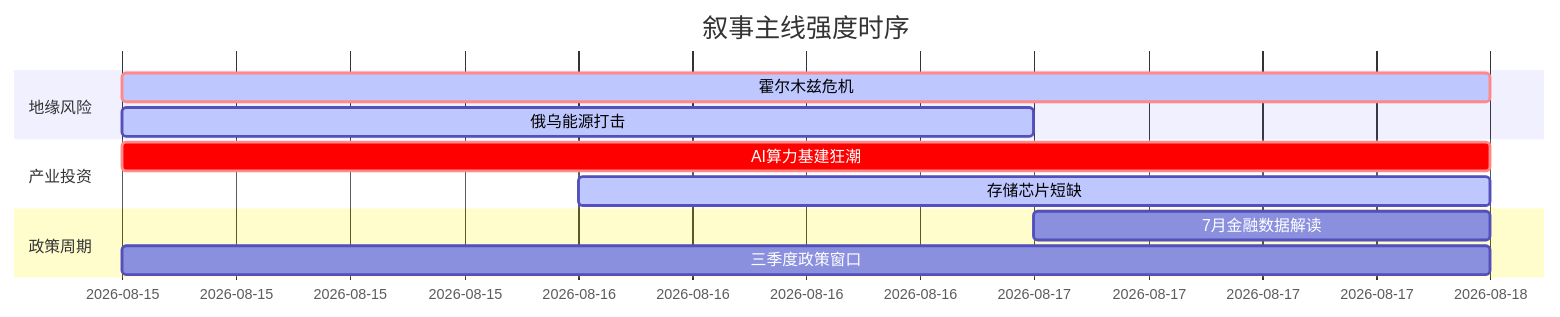
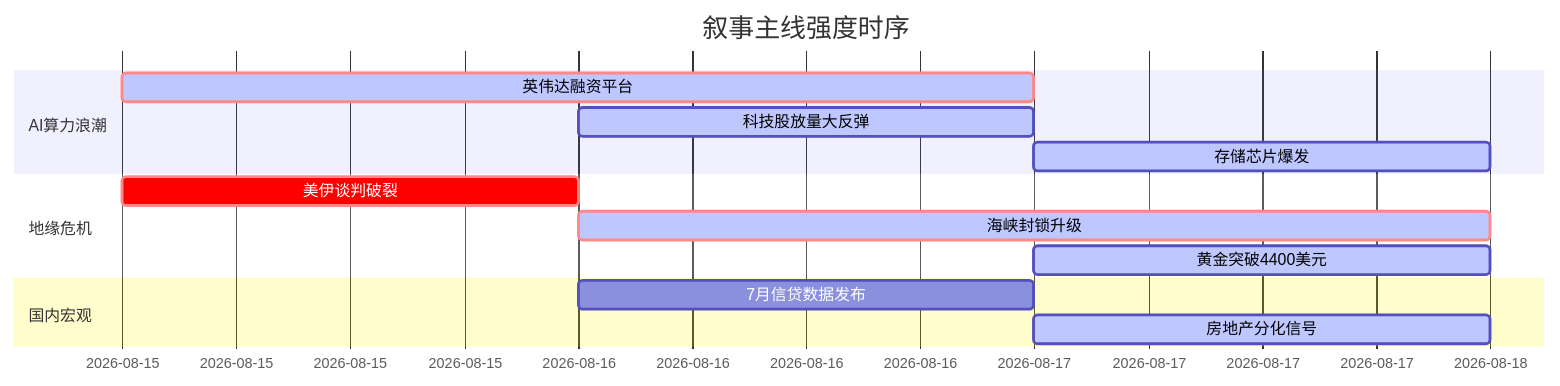
One commit to uu5zn/uu5zn.github.io changed the diagram in 5day_report.md. Above: the diagram before and after it, drawn with Mermaid. The commit also changed other lines of this file and 23 other files, not shown here.

````diff
--- a/5day_report.md
+++ b/5day_report.md
@@ -56,16 +58,18 @@
 ```mermaid
 gantt
     title 叙事主线强度时序
     dateFormat YYYY-MM-DD
-    section 地缘风险
-    霍尔木兹危机    :crit, active, 2026-08-15, 3d
-    俄乌能源打击    :active, 2026-08-15, 2d
+    section AI算力浪潮
+    英伟达融资平台    :crit, active, 2026-08-15, 2d
+    科技股放量大反弹   :active, 2026-08-16, 1d
+    存储芯片爆发     :active, 2026-08-17, 1d
     
-    section 产业投资
-    AI算力基建狂潮  :crit, 2026-08-15, 3d
-    存储芯片短缺    :active, 2026-08-16, 2d
+    section 地缘危机
+    美伊谈判破裂     :crit, 2026-08-15, 1d
+    海峡封锁升级     :crit, active, 2026-08-16, 2d
+    黄金突破4400美元  :active, 2026-08-17, 1d
     
-    section 政策周期
-    7月金融数据解读  :2026-08-17, 1d
-    三季度政策窗口   :2026-08-15, 3d
+    section 国内宏观
+    7月信贷数据发布   :2026-08-16, 1d
+    房地产分化信号   :active, 2026-08-17, 1d
 ```
````
